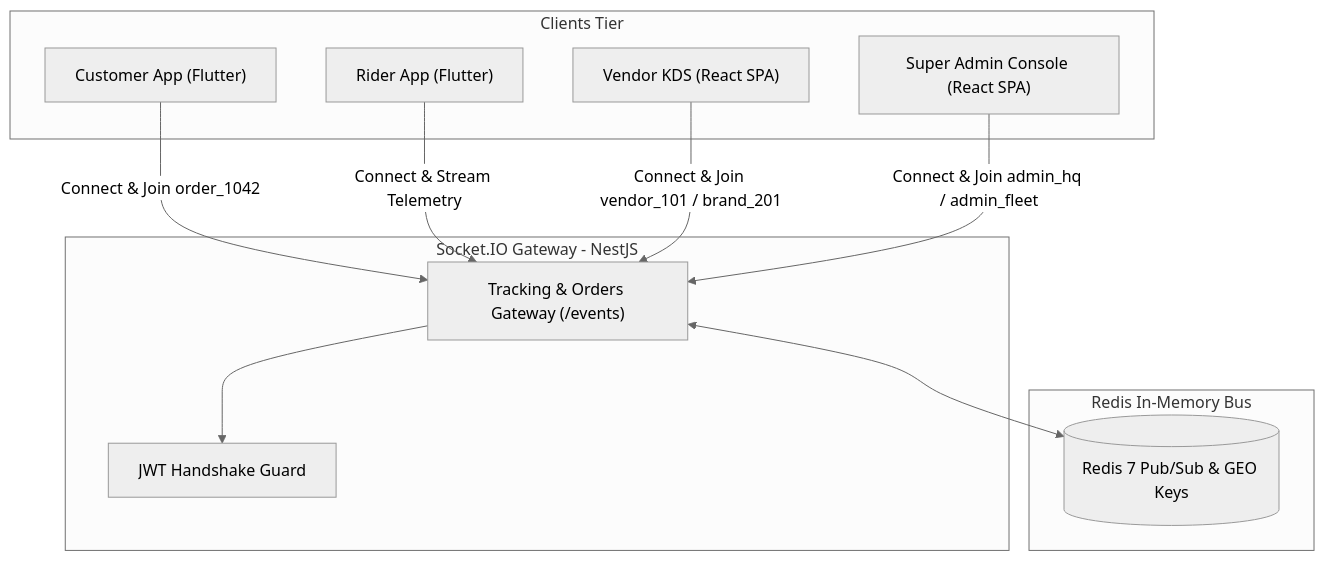
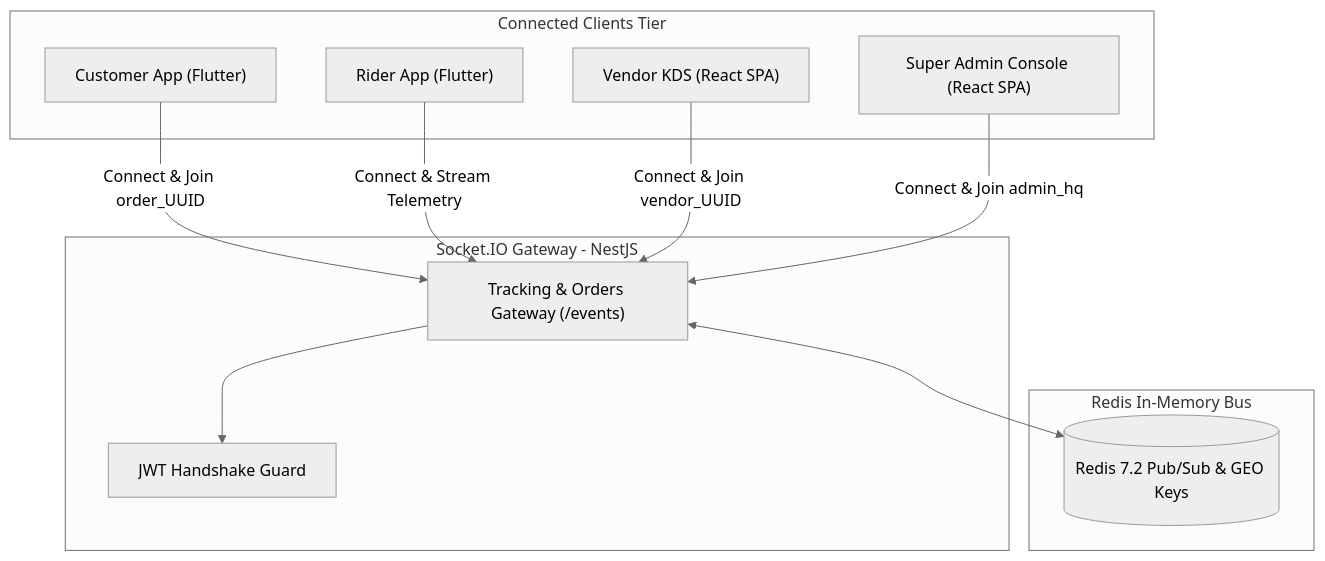
The diagram in context_docs/technical-implementation-documents/04-realtime-events-and-websocket-protocol.md (ihjohny/DeliveryOS), drawn with Mermaid (neutral theme) before and after one commit. The commit also changed other lines of this file and 23 other files, not shown here.

````diff
--- a/context_docs/technical-implementation-documents/04-realtime-events-and-websocket-protocol.md
+++ b/context_docs/technical-implementation-documents/04-realtime-events-and-websocket-protocol.md
@@ -9,26 +9,26 @@
 ```mermaid
 graph TD
-    subgraph Clients["Clients Tier"]
+    subgraph Clients["Connected Clients Tier"]
         CA["Customer App (Flutter)"]
         RA["Rider App (Flutter)"]
         VK["Vendor KDS (React SPA)"]
         AD["Super Admin Console (React SPA)"]
     end
 
     subgraph Gateway["Socket.IO Gateway - NestJS"]
         GW["Tracking & Orders Gateway (/events)"]
         AUTH["JWT Handshake Guard"]
     end
 
     subgraph RedisBus["Redis In-Memory Bus"]
-        REDIS[("Redis 7 Pub/Sub & GEO Keys")]
+        REDIS[("Redis 7.2 Pub/Sub & GEO Keys")]
     end
 
-    CA -->|Connect & Join order_1042| GW
+    CA -->|Connect & Join order_UUID| GW
     RA -->|Connect & Stream Telemetry| GW
-    VK -->|Connect & Join vendor_101 / brand_201| GW
-    AD -->|Connect & Join admin_hq / admin_fleet| GW
+    VK -->|Connect & Join vendor_UUID| GW
+    AD -->|Connect & Join admin_hq| GW
 
     GW --> AUTH
     GW <--> REDIS
 ```
````
